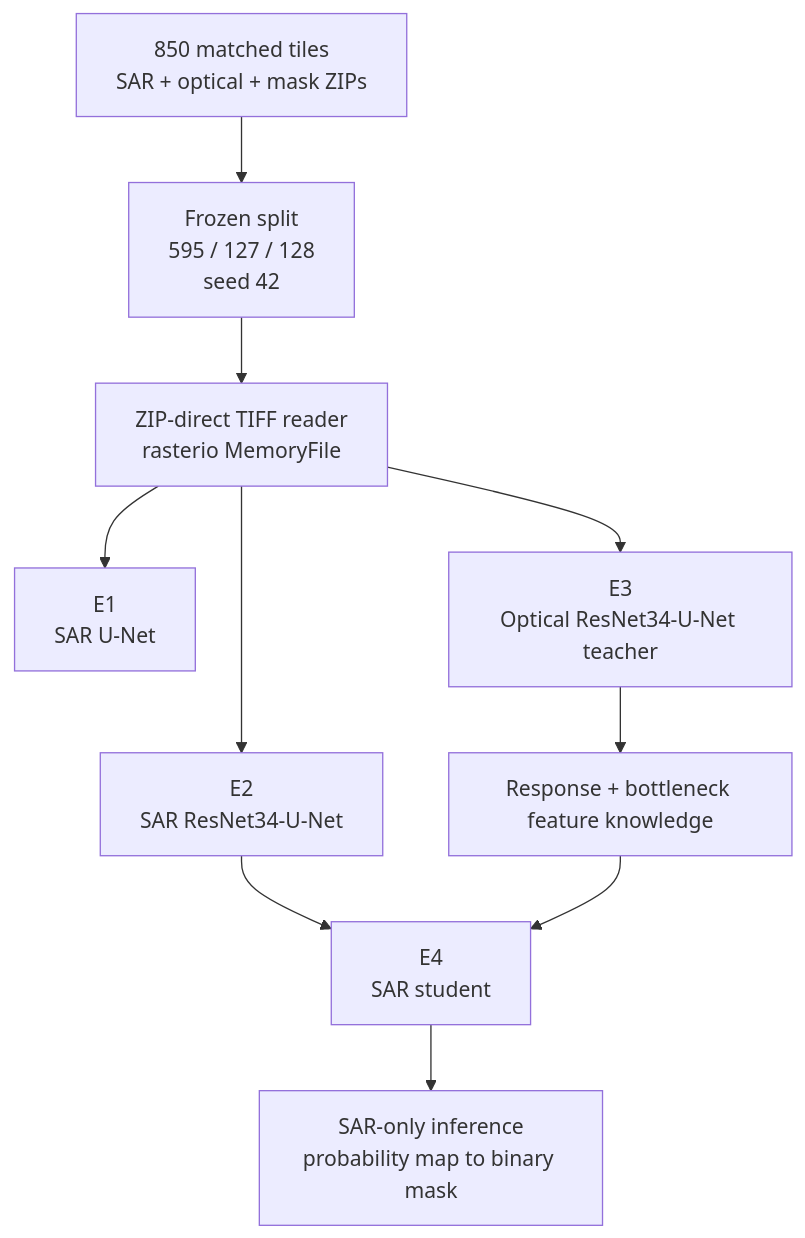
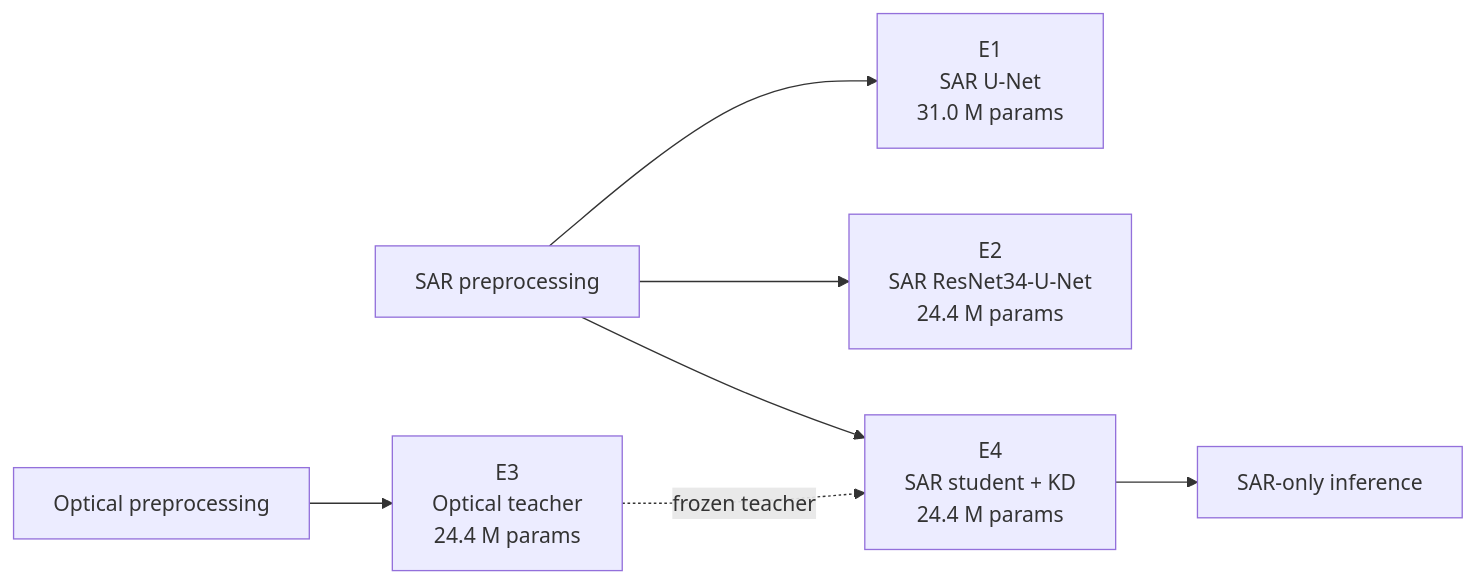
One commit to amulyagavankar20-glitch/SpaceNet-6-Multi-Sensor-All-Weather-Mapping changed the fourth of 10 diagrams in README.md. Above: the diagram before and after it, drawn with Mermaid. The commit also changed other lines of this file, not shown here.

````diff
--- a/README.md
+++ b/README.md
@@ -106,14 +154,9 @@
 ```mermaid
-flowchart TB
-    DATA["850 matched tiles<br/>SAR + optical + mask ZIPs"] --> SPLIT["Frozen split<br/>595 / 127 / 128<br/>seed 42"]
-    SPLIT --> LOAD["ZIP-direct TIFF reader<br/>rasterio MemoryFile"]
-
-    LOAD --> E1["E1<br/>SAR U-Net"]
-    LOAD --> E2["E2<br/>SAR ResNet34-U-Net"]
-    LOAD --> E3["E3<br/>Optical ResNet34-U-Net teacher"]
-
-    E3 --> KD["Response + bottleneck feature knowledge"]
-    E2 --> STUDENT["E4<br/>SAR student"]
-    KD --> STUDENT
-    STUDENT --> OUT["SAR-only inference<br/>probability map to binary mask"]
+flowchart LR
+    SARD["SAR preprocessing"] --> E1["E1<br/>SAR U-Net<br/>31.0 M params"]
+    SARD --> E2["E2<br/>SAR ResNet34-U-Net<br/>24.4 M params"]
+    OPD["Optical preprocessing"] --> E3["E3<br/>Optical teacher<br/>24.4 M params"]
+    E3 -.->|"frozen teacher"| E4["E4<br/>SAR student + KD<br/>24.4 M params"]
+    SARD --> E4
+    E4 --> INF["SAR-only inference"]
 ```
````
